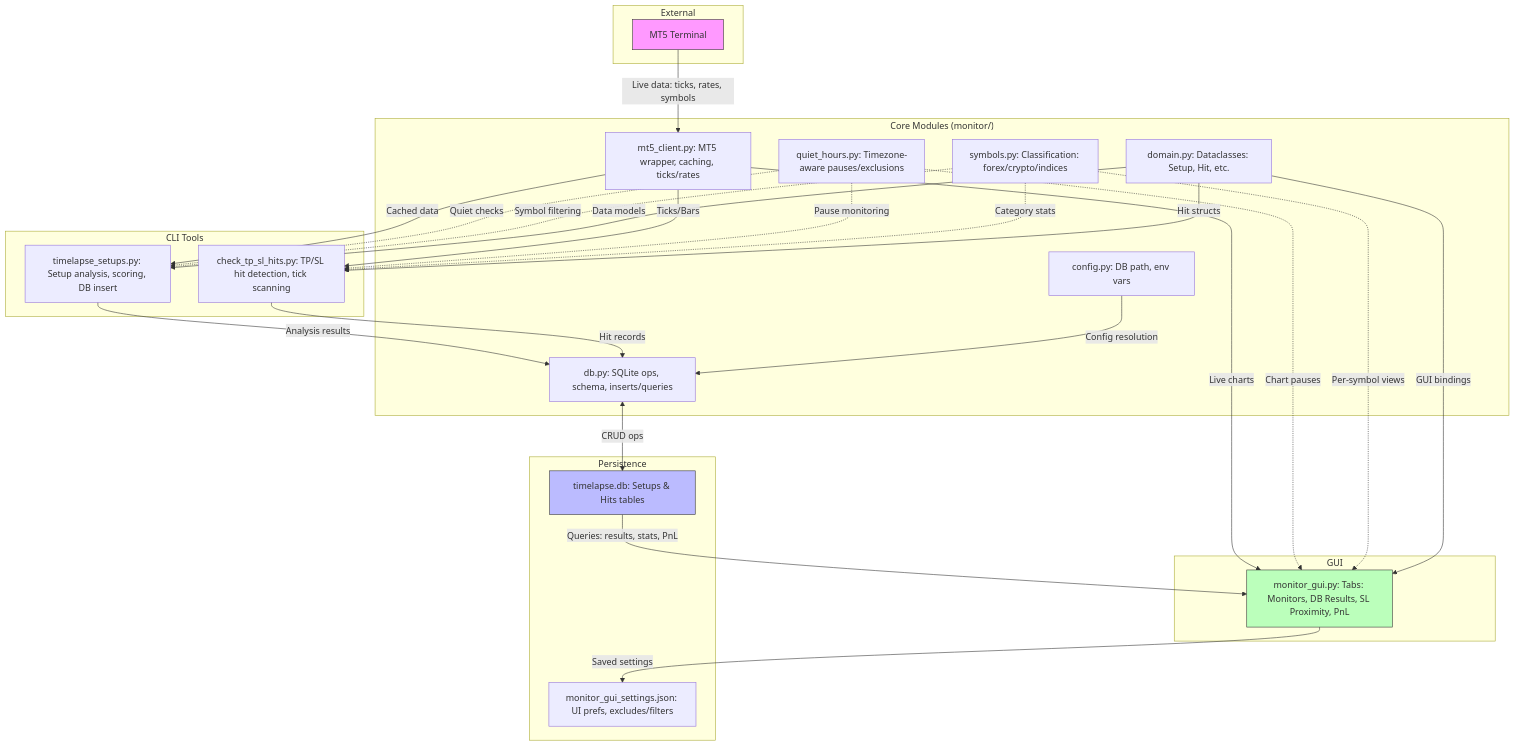
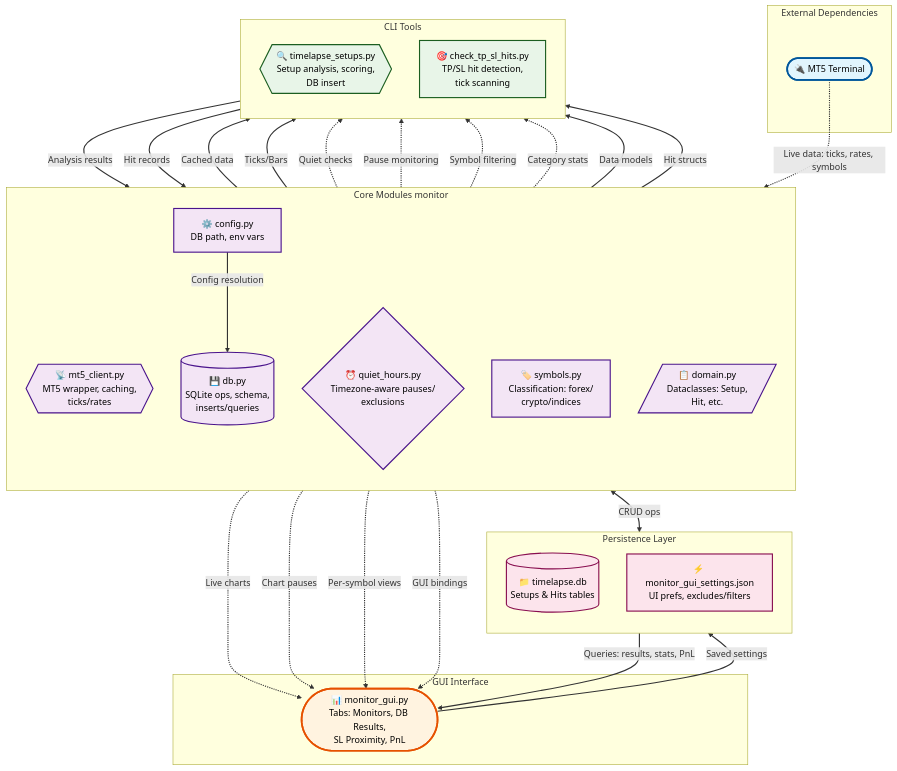
One commit to firetee13/PulseVortex changed the diagram in README.md. Above: the diagram before and after it, drawn with Mermaid. The commit also changed other lines of this file, not shown here.

First line of the commit message:
docs: enhance architecture diagram in README for better clarity and visual representation

````diff
--- a/README.md
+++ b/README.md
@@ -365,47 +365,66 @@
 ```mermaid
 graph TD
-    subgraph External ["External"]
-        MT5["MT5 Terminal"]
+    subgraph External ["External Dependencies"]
+        MT5([🔌 MT5 Terminal])
     end
-    subgraph Core ["Core Modules (monitor/)"]
-        MC["mt5_client.py: MT5 wrapper, caching, ticks/rates"]
-        DB["db.py: SQLite ops, schema, inserts/queries"]
-        QH["quiet_hours.py: Timezone-aware pauses/exclusions"]
-        SY["symbols.py: Classification: forex/crypto/indices"]
-        CF["config.py: DB path, env vars"]
-        DM["domain.py: Dataclasses: Setup, Hit, etc."]
+
+    subgraph Core ["Core Modules monitor"]
+        direction TB
+        MC{{📡 mt5_client.py<br/>MT5 wrapper, caching,<br/>ticks/rates}}
+        DB[(💾 db.py<br/>SQLite ops, schema,<br/>inserts/queries)]
+        QH{⏰ quiet_hours.py<br/>Timezone-aware pauses/<br/>exclusions}
+        SY[🏷️ symbols.py<br/>Classification: forex/<br/>crypto/indices]
+        CF[⚙️ config.py<br/>DB path, env vars]
+        DM[/📋 domain.py<br/>Dataclasses: Setup,<br/>Hit, etc./]
     end
+
     subgraph CLI ["CLI Tools"]
-        TS["timelapse_setups.py: Setup analysis, scoring, DB insert"]
-        CH["check_tp_sl_hits.py: TP/SL hit detection, tick scanning"]
+        direction TB
+        TS{{🔍 timelapse_setups.py<br/>Setup analysis, scoring,<br/>DB insert}}
+        CH[🎯 check_tp_sl_hits.py<br/>TP/SL hit detection,<br/>tick scanning]
     end
-    subgraph GUISub ["GUI"]
-        MG["monitor_gui.py: Tabs: Monitors, DB Results, SL Proximity, PnL"]
+
+    subgraph GUISub ["GUI Interface"]
+        MG([📊 monitor_gui.py<br/>Tabs: Monitors, DB Results,<br/>SL Proximity, PnL])
     end
-    subgraph Persist ["Persistence"]
-        TIMELAPSE["timelapse.db: Setups & Hits tables"]
-        SETTINGS["monitor_gui_settings.json: UI prefs, excludes/filters"]
+
+    subgraph Persist ["Persistence Layer"]
+        direction TB
+        TIMELAPSE[(📁 timelapse.db<br/>Setups & Hits tables)]
+        SETTINGS[⚡ monitor_gui_settings.json<br/>UI prefs, excludes/filters]
     end
-    MT5 -->|"Live data: ticks, rates, symbols"| MC
+
+    MT5 -.->|"Live data: ticks, rates, symbols"| MC
     MC -->|"Cached data"| TS
     MC -->|"Ticks/Bars"| CH
-    MC -->|"Live charts"| MG
+    MC -.->|"Live charts"| MG
     TS -->|"Analysis results"| DB
     CH -->|"Hit records"| DB
     DB <-->|"CRUD ops"| TIMELAPSE
     TIMELAPSE -->|"Queries: results, stats, PnL"| MG
     QH -.->|"Quiet checks"| TS
     QH -.->|"Pause monitoring"| CH
     QH -.->|"Chart pauses"| MG
     SY -.->|"Symbol filtering"| TS
     SY -.->|"Category stats"| CH
     SY -.->|"Per-symbol views"| MG
     CF -->|"Config resolution"| DB
     DM -->|"Data models"| TS
     DM -->|"Hit structs"| CH
-    DM -->|"GUI bindings"| MG
+    DM -.->|"GUI bindings"| MG
     MG -->|"Saved settings"| SETTINGS
-    style MT5 fill:#f9f,stroke:#333
-    style TIMELAPSE fill:#bbf,stroke:#333
-    style MG fill:#bfb,stroke:#333
+
+    classDef external fill:#e1f5fe,stroke:#01579b,stroke-width:3px,color:#000
+    classDef core fill:#f3e5f5,stroke:#4a148c,stroke-width:2px,color:#000
+    classDef cli fill:#e8f5e8,stroke:#1b5e20,stroke-width:2px,color:#000
+    classDef gui fill:#fff3e0,stroke:#e65100,stroke-width:3px,color:#000
+    classDef persist fill:#fce4ec,stroke:#880e4f,stroke-width:2px,color:#000
+
+    class MT5 external
+    class MC,DB,QH,SY,CF,DM core
+    class TS,CH cli
+    class MG gui
+    class TIMELAPSE,SETTINGS persist
+
+    linkStyle default stroke:#333,stroke-width:2px
 ```
````
